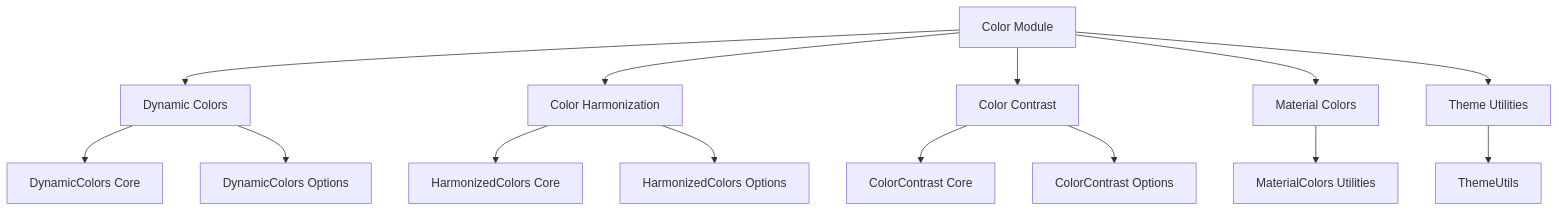
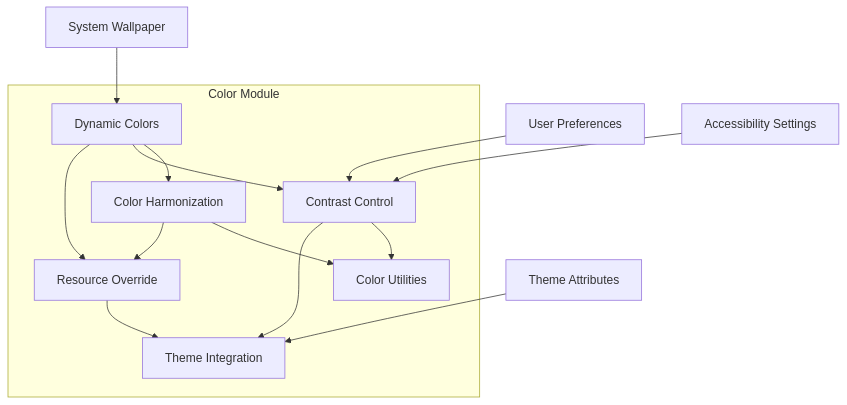
The diagram in docs/material-components--material-components-android-docs/color.md (FSoft-AI4Code/codewiki-demo), drawn with Mermaid before and after one commit. The commit also changed other lines of this file and 1103 other files, not shown here.

````diff
--- a/docs/material-components--material-components-android-docs/color.md
+++ b/docs/material-components--material-components-android-docs/color.md
@@ -11,21 +11,18 @@
 ```mermaid
-graph TD
-    A[Color Module] --> B[Dynamic Colors]
-    A --> C[Color Harmonization]
-    A --> D[Color Contrast]
-    A --> E[Material Colors]
-    A --> F[Theme Utilities]
+graph TB
+    subgraph "Color Module"
+        A[Dynamic Colors] --> B[Color Harmonization]
+        A --> C[Contrast Control]
+        B --> D[Color Utilities]
+        C --> D
+        A --> E[Resource Override]
+        B --> E
+        C --> F[Theme Integration]
+        E --> F
+    end
     
-    B --> B1[DynamicColors Core]
-    B --> B2[DynamicColors Options]
-    
-    C --> C1[HarmonizedColors Core]
-    C --> C2[HarmonizedColors Options]
-    
-    D --> D1[ColorContrast Core]
-    D --> D2[ColorContrast Options]
-    
-    E --> E1[MaterialColors Utilities]
-    
-    F --> F1[ThemeUtils]
+    G[System Wallpaper] --> A
+    H[User Preferences] --> C
+    I[Accessibility Settings] --> C
+    J[Theme Attributes] --> F
 ```
````
